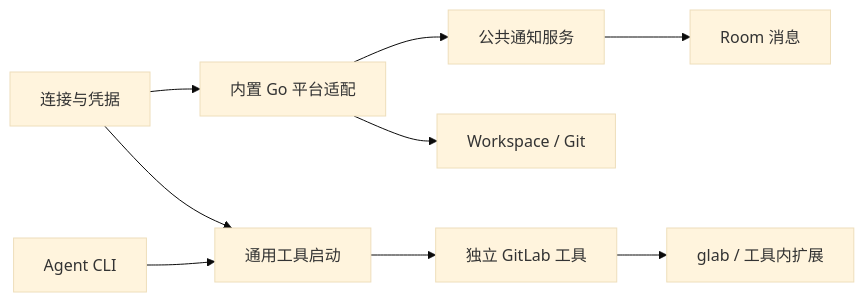
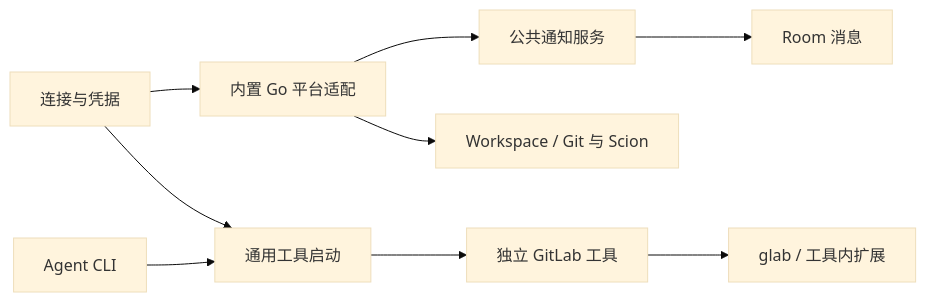
Before and after one commit to go-aie/teamx: the diagram in docs/platform-architecture.zh.md, drawn with Mermaid (base theme). The commit also changed other lines of this file and 69 other files, not shown here.

````diff
--- a/docs/platform-architecture.zh.md
+++ b/docs/platform-architecture.zh.md
@@ -17,11 +18,11 @@
 ```mermaid
 flowchart LR
   C[连接与凭据] --> P[内置 Go 平台适配]
   P --> N[公共通知服务]
   N --> R[Room 消息]
-  P --> W[Workspace / Git]
+  P --> W[Workspace / Git 与 Scion]
   C --> T[通用工具启动]
   A[Agent CLI] --> T
   T --> G[独立 GitLab 工具]
   G --> L[glab / 工具内扩展]
 ```
````
